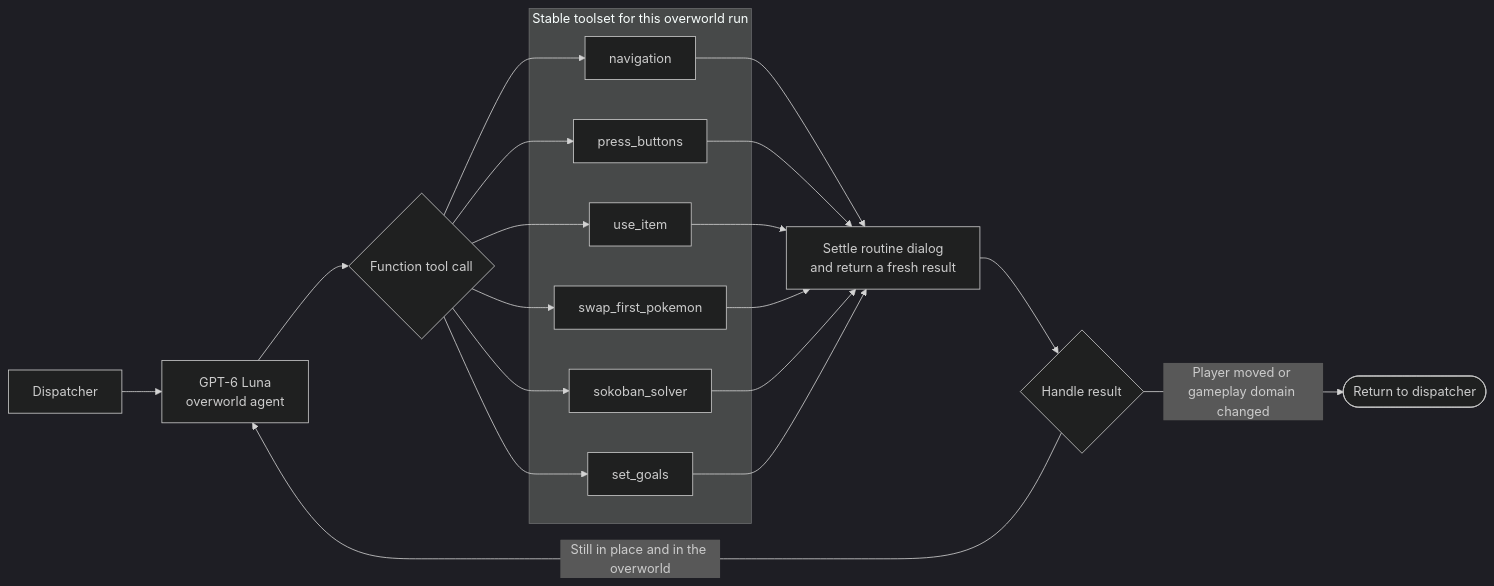
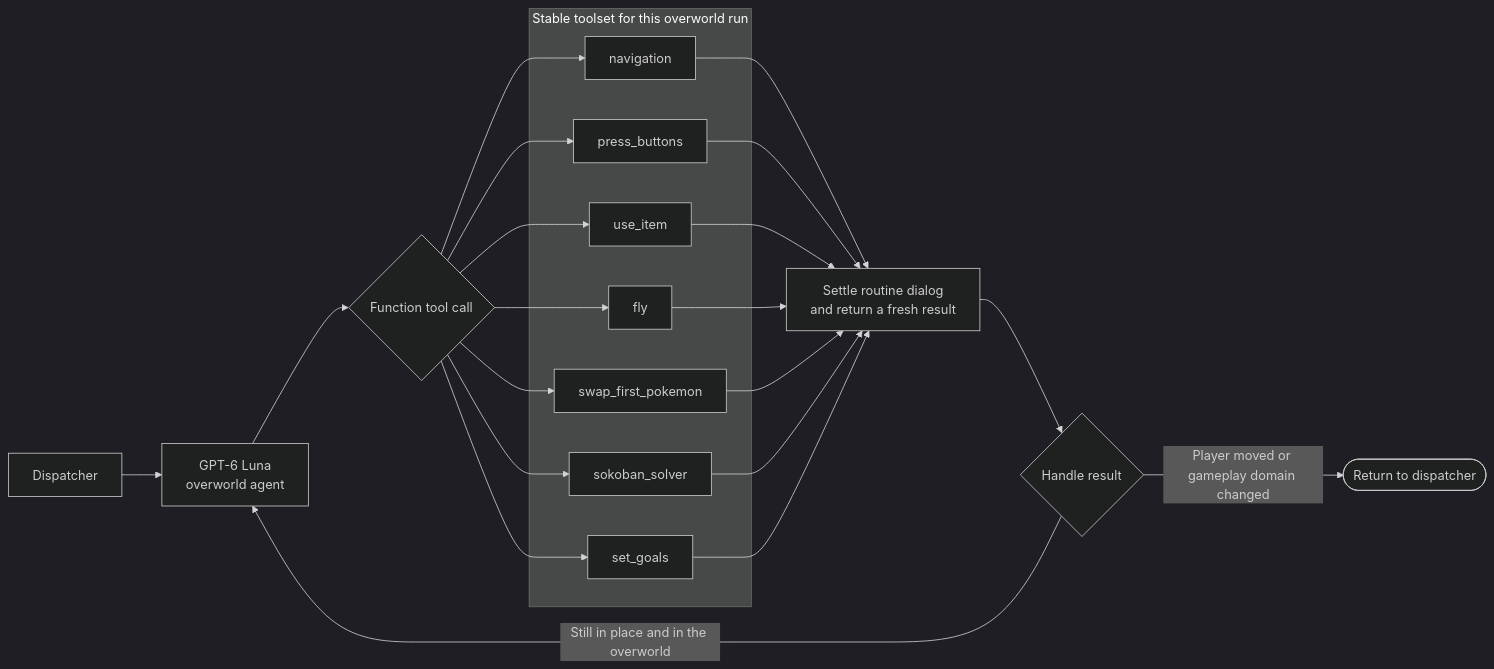
One commit to clambro/ai-plays-pokemon changed the second of 4 diagrams in docs/architecture.md. Above: the diagram before and after it, drawn with Mermaid (dark theme). The commit also changed other lines of this file and 38 other files, not shown here.

````diff
--- a/docs/architecture.md
+++ b/docs/architecture.md
@@ -35,32 +35,35 @@
 ```mermaid
 flowchart LR
     dispatch["Dispatcher"] --> agent["GPT-6 Luna<br/>overworld agent"]
     agent --> choice{"Function tool call"}
 
     subgraph toolset["Stable toolset for this overworld run"]
         navigate["navigation"]
         buttons["press_buttons"]
         item["use_item"]
+        fly["fly"]
         swap["swap_first_pokemon"]
         sokoban["sokoban_solver"]
         set_goals["set_goals"]
     end
 
     choice --> navigate
     choice --> buttons
     choice --> item
+    choice --> fly
     choice --> swap
     choice --> sokoban
     choice --> set_goals
 
     navigate --> settle["Settle routine dialog<br/>and return a fresh result"]
     buttons --> settle
     item --> settle
+    fly --> settle
     swap --> settle
     sokoban --> settle
     set_goals --> settle
 
     settle --> continue{"Handle result"}
     continue -->|"Still in place and in the overworld"| agent
     continue -->|"Player moved or gameplay domain changed"| finish(["Return to dispatcher"])
 ```
````
